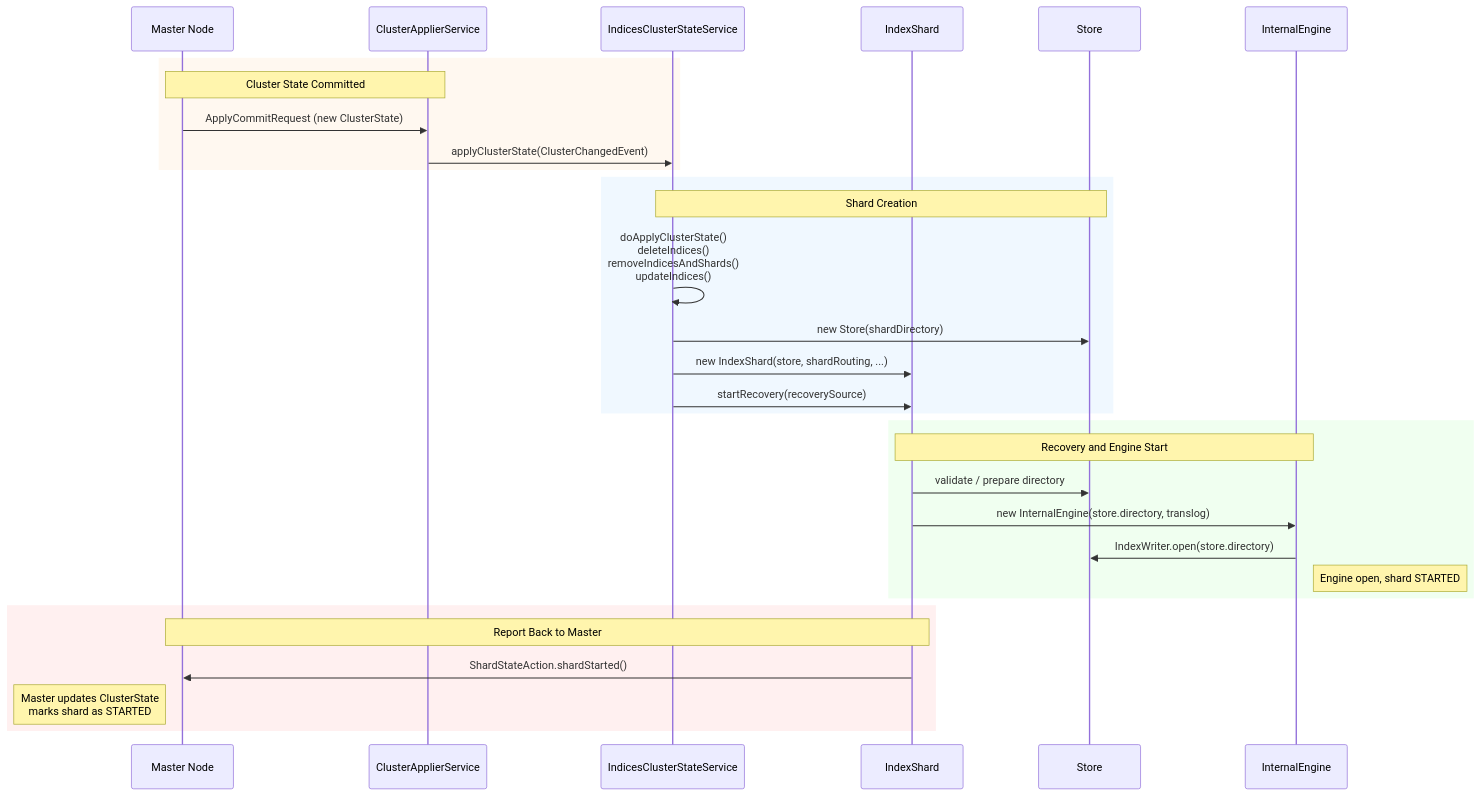
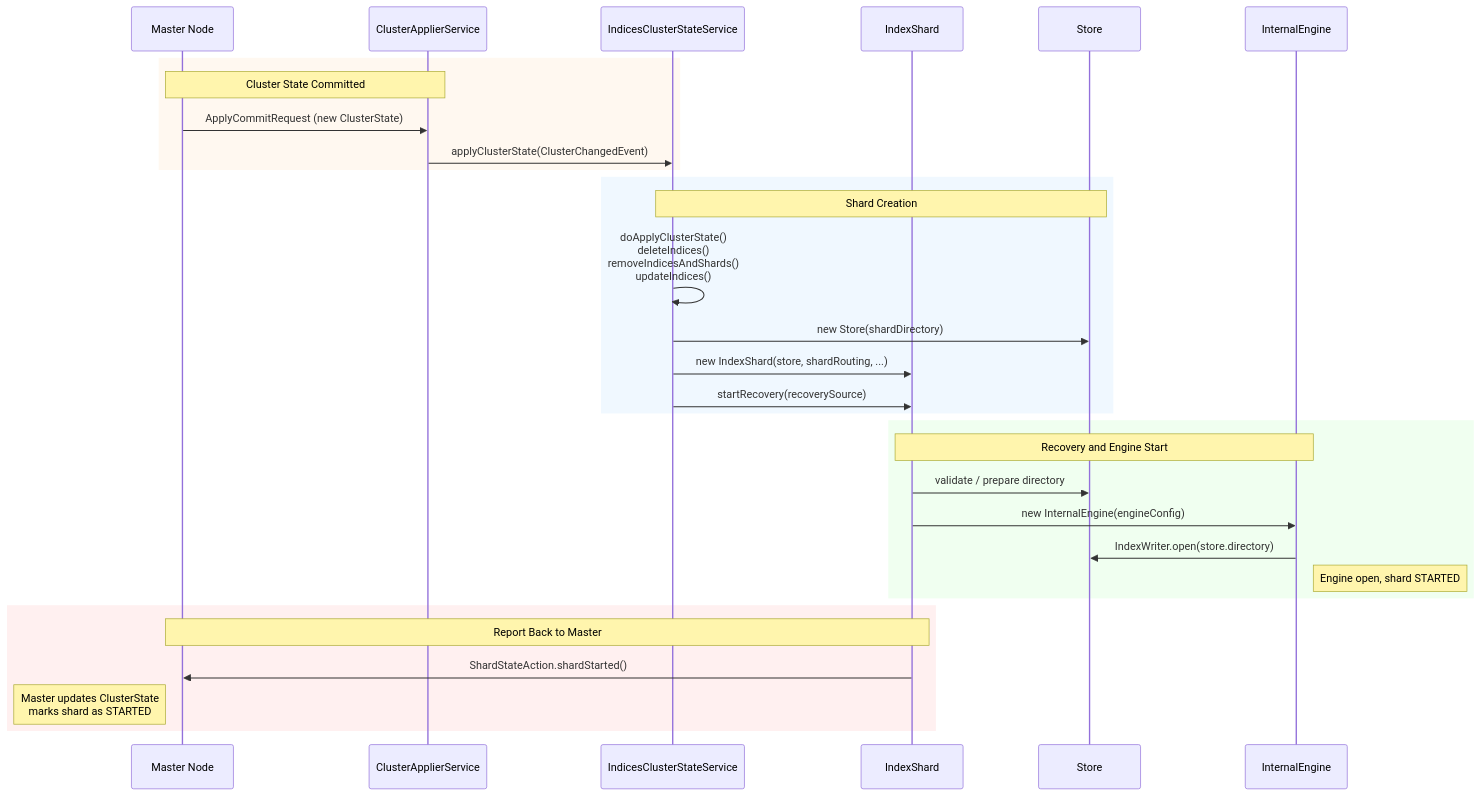
The second of 2 diagrams in docs/internal/DistributedArchitectureGuide.md (elastic/elasticsearch), drawn with Mermaid before and after one commit. The commit also changed other lines of this file, not shown here.

````diff
--- a/docs/internal/DistributedArchitectureGuide.md
+++ b/docs/internal/DistributedArchitectureGuide.md
@@ -1502,37 +1508,37 @@
 ```mermaid
 sequenceDiagram
     participant M as Master Node
     participant CA as ClusterApplierService
     participant ICSS as IndicesClusterStateService
     participant IS as IndexShard
     participant S as Store
     participant E as InternalEngine
 
     rect rgb(255, 248, 240)
     Note over M,CA: Cluster State Committed
     M->>CA: ApplyCommitRequest (new ClusterState)
     CA->>ICSS: applyClusterState(ClusterChangedEvent)
     end
 
     rect rgb(240, 248, 255)
     Note over ICSS,S: Shard Creation
     ICSS->>ICSS: doApplyClusterState()<br/>deleteIndices()<br/>removeIndicesAndShards()<br/>updateIndices()
     ICSS->>S: new Store(shardDirectory)
     ICSS->>IS: new IndexShard(store, shardRouting, ...)
     ICSS->>IS: startRecovery(recoverySource)
     end
 
     rect rgb(240, 255, 240)
     Note over IS,E: Recovery and Engine Start
     IS->>S: validate / prepare directory
-    IS->>E: new InternalEngine(store.directory, translog)
+    IS->>E: new InternalEngine(engineConfig)
     E->>S: IndexWriter.open(store.directory)
     Note right of E: Engine open, shard STARTED
     end
 
     rect rgb(255, 240, 240)
     Note over IS,M: Report Back to Master
     IS->>M: ShardStateAction.shardStarted()
     Note left of M: Master updates ClusterState<br/>marks shard as STARTED
     end
 ```
````
